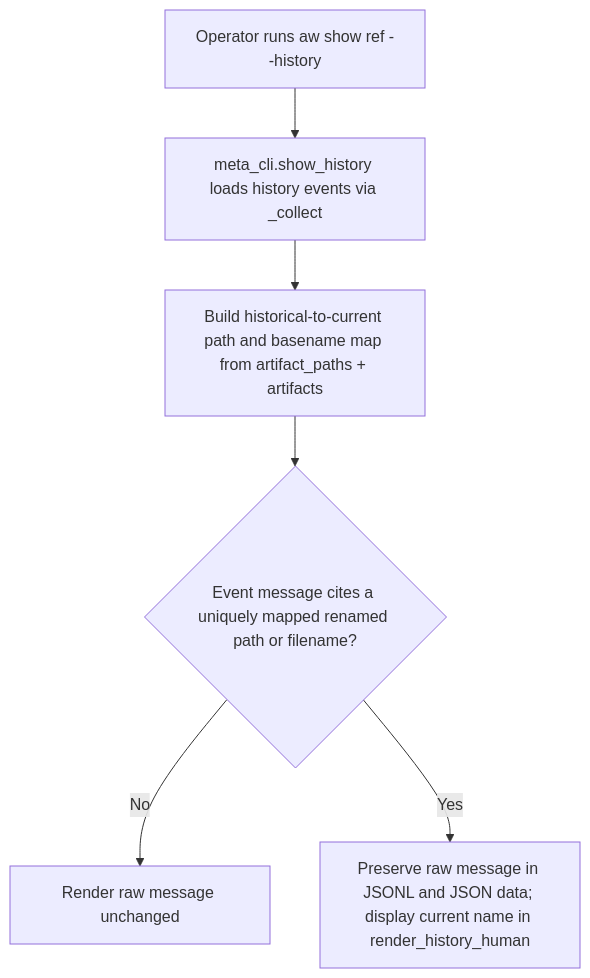
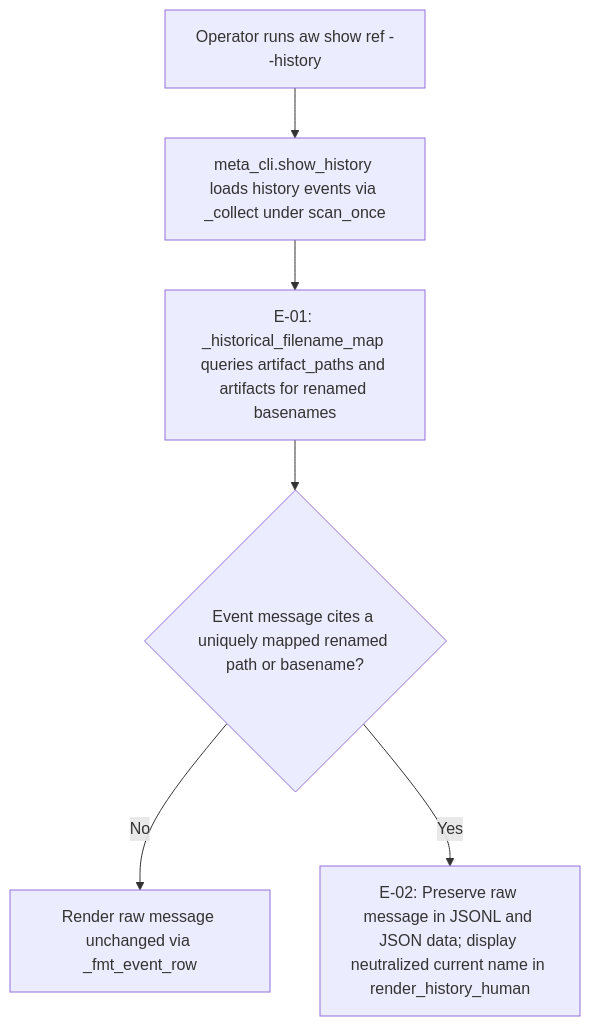
Before and after one commit to fariello/agent-workflows: the diagram in .aw/records/plans/pending/20261127-o97nzp-01-i7wzcf-display-current-filenames-for-renamed-legacy-citations-in-aw.ipd.md, drawn with Mermaid. The commit also changed other lines of this file and 1 other file, not shown here.

````diff
--- a/.aw/records/plans/pending/20261127-o97nzp-01-i7wzcf-display-current-filenames-for-renamed-legacy-citations-in-aw.ipd.md
+++ b/.aw/records/plans/pending/20261127-o97nzp-01-i7wzcf-display-current-filenames-for-renamed-legacy-citations-in-aw.ipd.md
@@ -33,8 +37,8 @@
 ```mermaid
 flowchart TD
-    A[Operator runs aw show ref --history] --> B[meta_cli.show_history loads history events via _collect]
-    B --> C[Build historical-to-current path and basename map from artifact_paths + artifacts]
-    C --> D{Event message cites a uniquely mapped renamed path or filename?}
-    D -->|No| E[Render raw message unchanged]
-    D -->|Yes| F[Preserve raw message in JSONL and JSON data; display current name in render_history_human]
+    A["Operator runs aw show ref --history"] --> B["meta_cli.show_history loads history events via _collect under scan_once"]
+    B --> C["E-01: _historical_filename_map queries artifact_paths and artifacts for renamed basenames"]
+    C --> D{"Event message cites a uniquely mapped renamed path or basename?"}
+    D -->|No| E["Render raw message unchanged via _fmt_event_row"]
+    D -->|Yes| F["E-02: Preserve raw message in JSONL and JSON data; display neutralized current name in render_history_human"]
 ```
````
